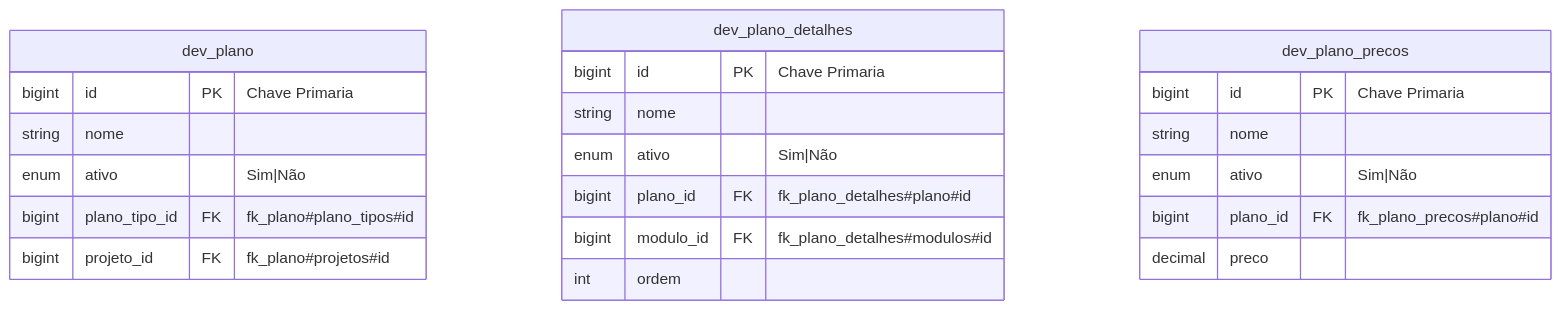
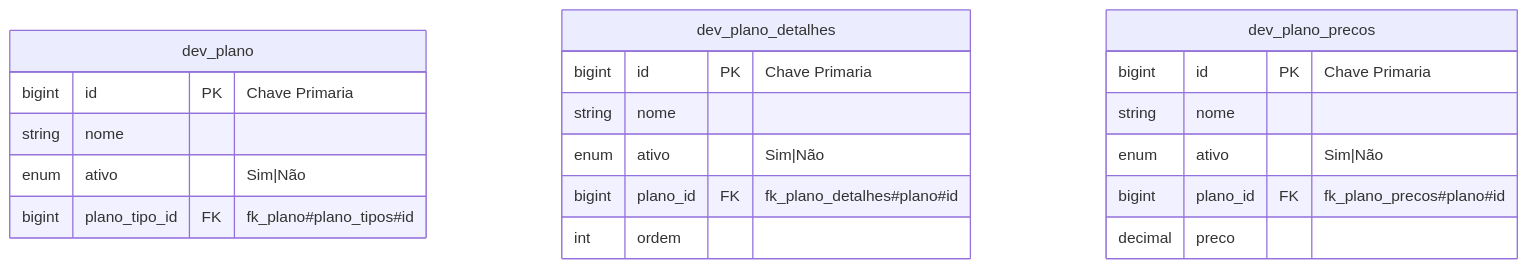
Before and after one commit to o-novo-dev/projeto-sistema: the sixth of 8 diagrams in doc/modulo/laboratório.md, drawn with Mermaid. The commit also changed other lines of this file and 30 other files, not shown here.

Commit message:
retirando modulo e projeto

````diff
--- a/doc/modulo/laboratório.md
+++ b/doc/modulo/laboratório.md
@@ -127,25 +102,23 @@
 ```mermaid
 erDiagram
   dev_plano {
     bigint id PK "Chave Primaria"
     string nome
     enum ativo "Sim|Não"
     bigint plano_tipo_id FK "fk_plano#plano_tipos#id"
-    bigint projeto_id FK "fk_plano#projetos#id"
   }
   dev_plano_detalhes {
     bigint id PK "Chave Primaria"
     string nome
     enum ativo "Sim|Não"
     bigint plano_id FK "fk_plano_detalhes#plano#id"
-    bigint modulo_id FK "fk_plano_detalhes#modulos#id"
     int ordem
   }
   dev_plano_precos {
     bigint id PK "Chave Primaria"
     string nome
     enum ativo "Sim|Não"
     bigint plano_id FK "fk_plano_precos#plano#id"
     decimal preco
   }
 ```
````
